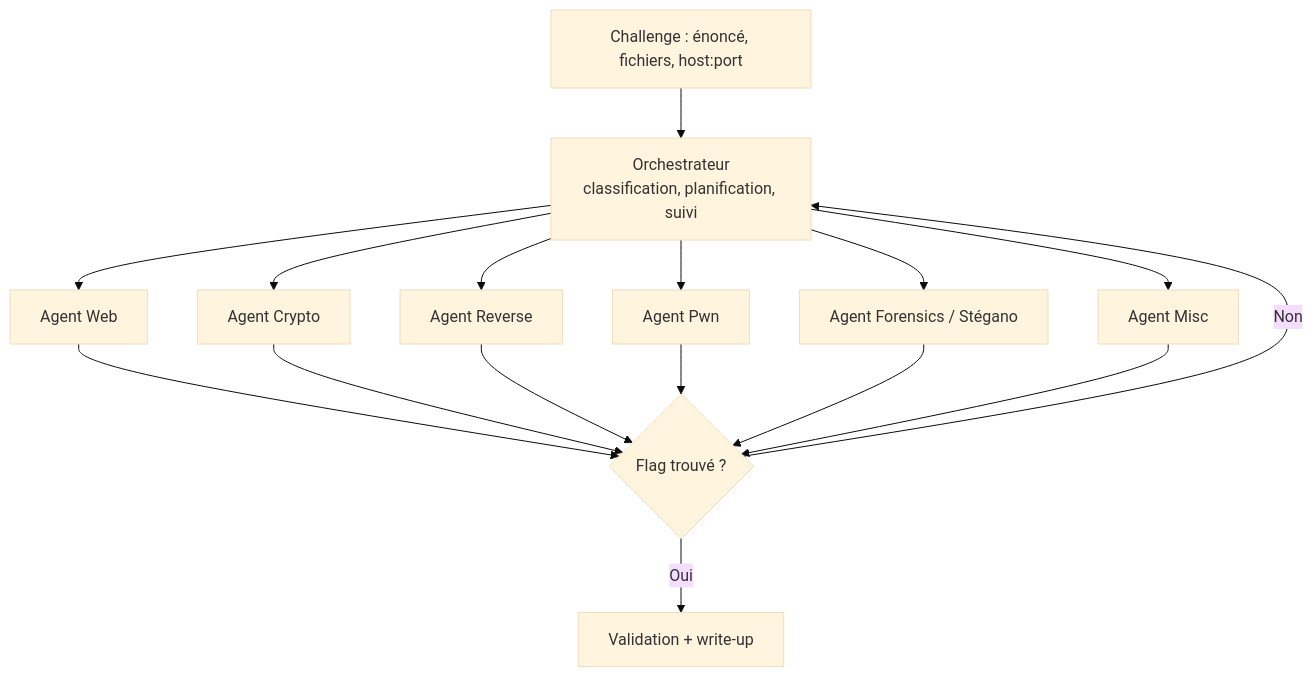
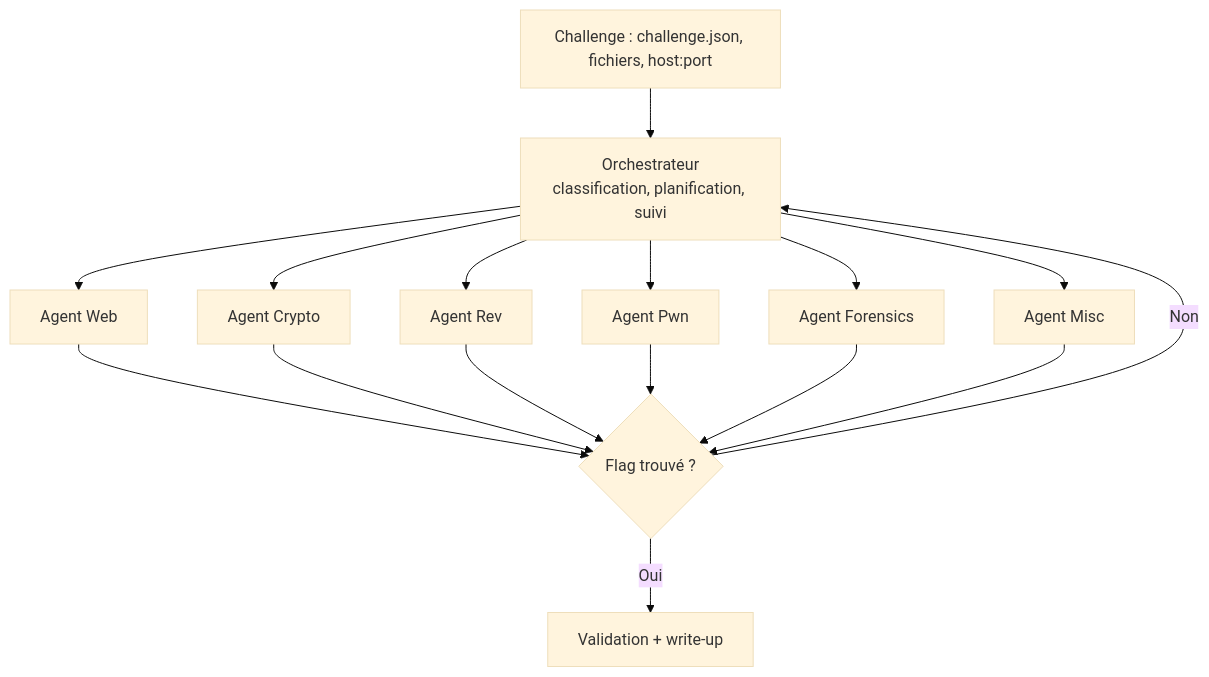
One commit to SimonDelep/CtfAgent changed the first of 12 diagrams in Readme.md. Above: the diagram before and after it, drawn with Mermaid (base theme). The commit also changed other lines of this file, not shown here.

````diff
--- a/Readme.md
+++ b/Readme.md
@@ -15,15 +15,15 @@
 ```mermaid
 flowchart TB
-    CH["Challenge : énoncé, fichiers, host:port"] --> O["Orchestrateur<br/>classification, planification, suivi"]
+    CH["Challenge : challenge.json, fichiers, host:port"] --> O["Orchestrateur<br/>classification, planification, suivi"]
 
     O --> W["Agent Web"]
     O --> C["Agent Crypto"]
-    O --> R["Agent Reverse"]
+    O --> R["Agent Rev"]
     O --> P["Agent Pwn"]
-    O --> F["Agent Forensics / Stégano"]
+    O --> F["Agent Forensics"]
     O --> M["Agent Misc"]
 
     W & C & R & P & F & M --> V{"Flag trouvé ?"}
     V -->|"Oui"| WU["Validation + write-up"]
     V -->|"Non"| O
 ```
````
